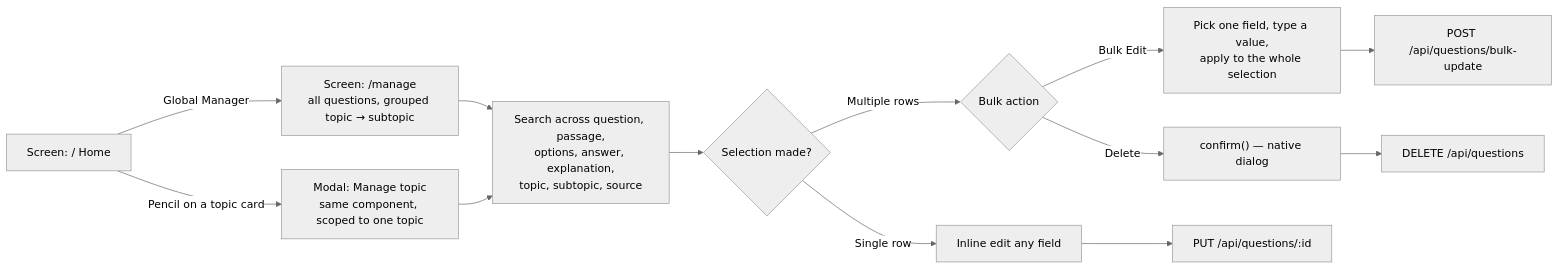
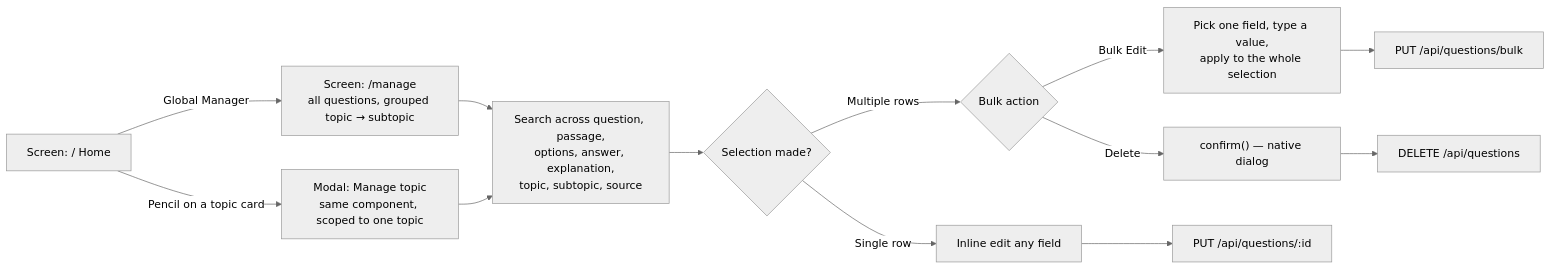
One commit to shshwtkhr/quiz-app changed the third of 3 diagrams in docs/APPLICATION_FLOW.md. Above: the diagram before and after it, drawn with Mermaid (neutral theme). The commit also changed other lines of this file and 2 other files, not shown here.

````diff
--- a/docs/APPLICATION_FLOW.md
+++ b/docs/APPLICATION_FLOW.md
@@ -96,15 +97,15 @@
 ```mermaid
 flowchart LR
     Home["Screen: / Home"] -->|Global Manager| Global["Screen: /manage<br>all questions, grouped topic → subtopic"]
     Home -->|Pencil on a topic card| Scoped["Modal: Manage topic<br>same component, scoped to one topic"]
     Global --> Search["Search across question, passage,<br>options, answer, explanation,<br>topic, subtopic, source"]
     Scoped --> Search
     Search --> Select{"Selection made?"}
     Select -->|Single row| Inline["Inline edit any field"]
     Select -->|Multiple rows| D2{"Bulk action"}
     D2 -->|Bulk Edit| Field["Pick one field, type a value,<br>apply to the whole selection"]
     D2 -->|Delete| Confirm["confirm() — native dialog"]
     Inline --> Save["PUT /api/questions/:id"]
-    Field --> Save2["POST /api/questions/bulk-update"]
+    Field --> Save2["PUT /api/questions/bulk"]
     Confirm --> Del["DELETE /api/questions"]
 ```
````
